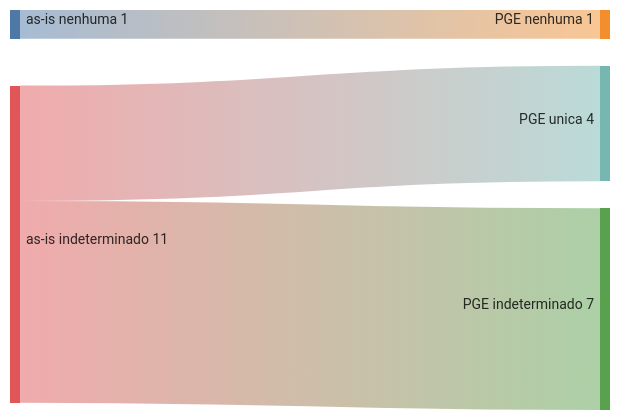
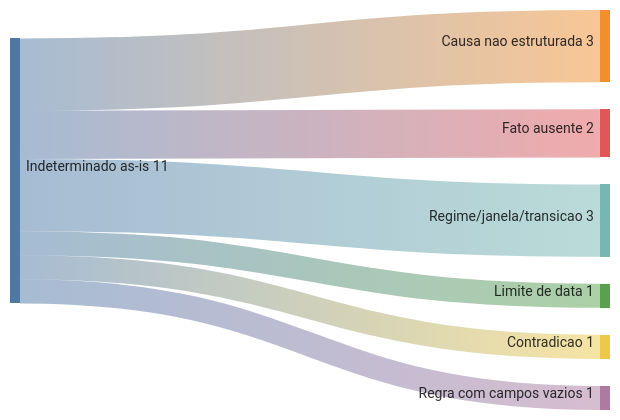
The third of 3 diagrams in docs/analysis/piloto-selecao-invalidez-incapacidade.md (franklinbaldo/sisprev), drawn with Mermaid before and after one commit. The commit also changed other lines of this file and 1 other file, not shown here.

````diff
--- a/docs/analysis/piloto-selecao-invalidez-incapacidade.md
+++ b/docs/analysis/piloto-selecao-invalidez-incapacidade.md
@@ -101,6 +118,9 @@
 ```mermaid
 sankey-beta
-as-is nenhuma,PGE nenhuma,1
-as-is indeterminado,PGE unica,4
-as-is indeterminado,PGE indeterminado,7
+Indeterminado as-is,Causa nao estruturada,3
+Indeterminado as-is,Fato ausente,2
+Indeterminado as-is,Regime/janela/transicao,3
+Indeterminado as-is,Limite de data,1
+Indeterminado as-is,Contradicao,1
+Indeterminado as-is,Regra com campos vazios,1
 ```
````
